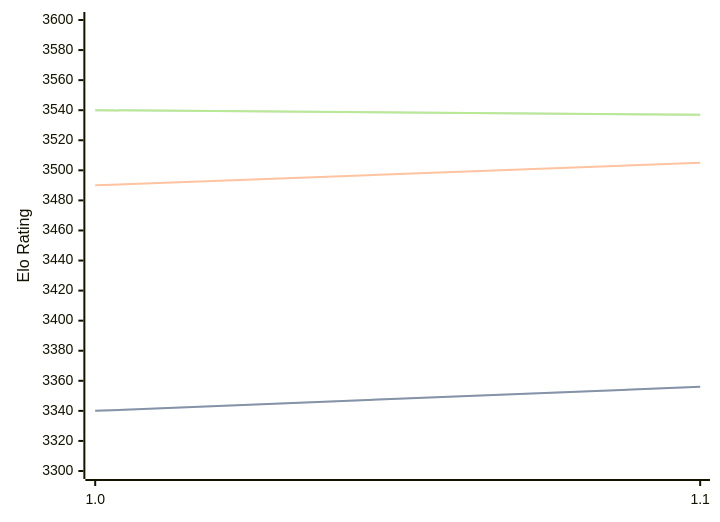
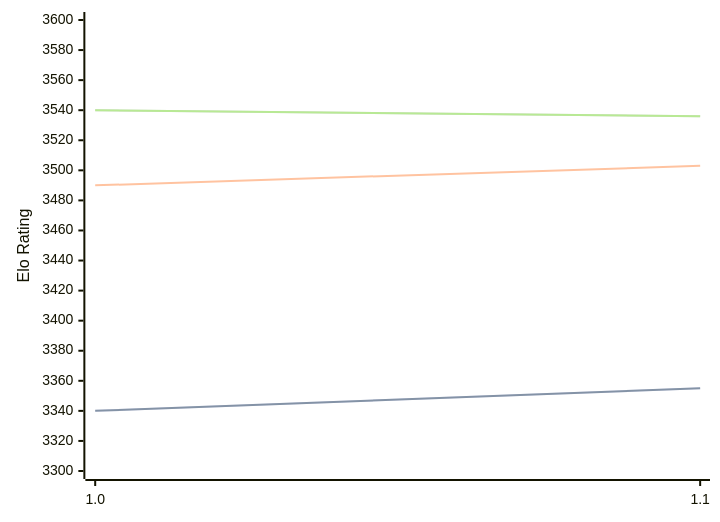
The diagram in engines/Horsie.md (computer-chess-index/cci), drawn with Mermaid before and after one commit. The commit also changed other lines of this file, not shown here.

Commit message:
Update CCI Ratings (ELO VLTC) - 2026-09-11

````diff
--- a/engines/Horsie.md
+++ b/engines/Horsie.md
@@ -32,11 +32,11 @@
 ```mermaid
 %%{init: {"theme":"base","themeVariables":{"seriesColors:['#a3a3a3','#222221','#faa371']}}}%%
 xychart-beta
   x-axis ["1.0", "1.1"]
   y-axis "Elo Rating" 3300 --> 3600
-  line "" [3340, 3356]
-  line "STC (8.0+0.08s)" [3340, 3356]
-  line "LTC (60.0+0.60s)" [3490, 3505]
-  line "" [3540, 3537]
-  line "VLTC (2m24s+1.12s)" [3540, 3537]
+  line "" [3340, 3355]
+  line "STC (8.0+0.08s)" [3340, 3355]
+  line "LTC (60.0+0.60s)" [3490, 3503]
+  line "" [3540, 3536]
+  line "VLTC (2m24s+1.12s)" [3540, 3536]
 ```
````
